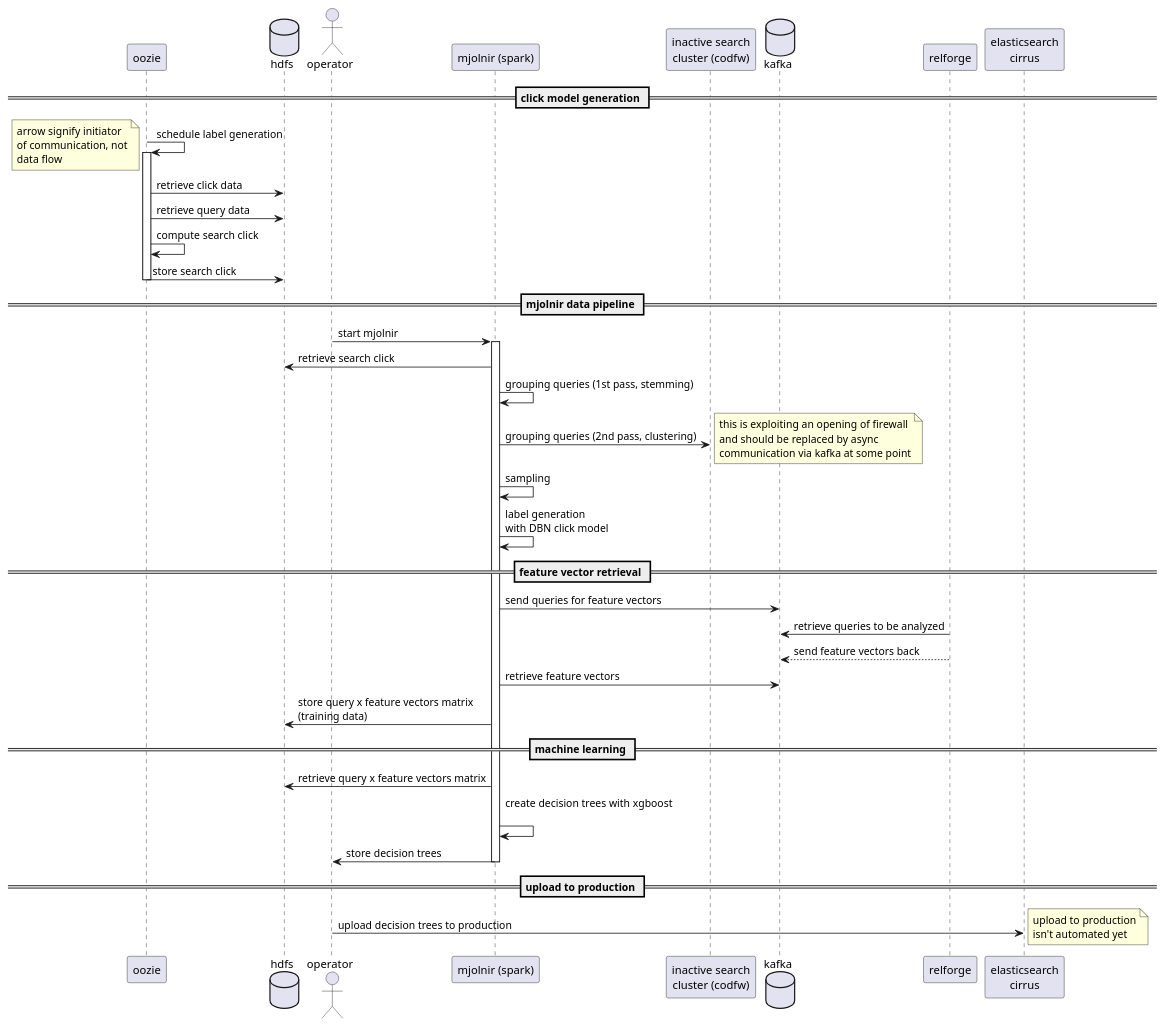
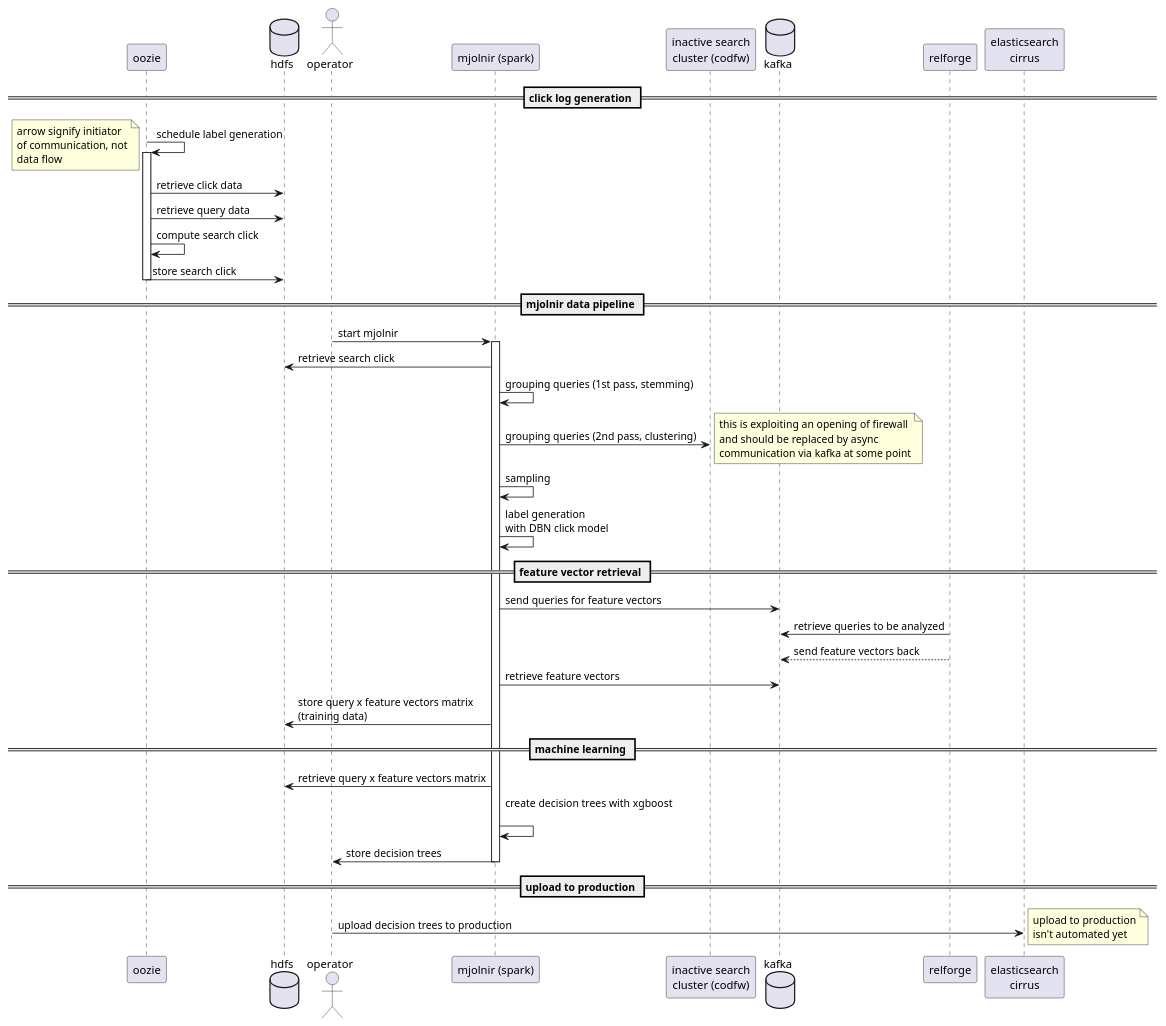
Before and after one commit to gehel/notes: the diagram in elasticsearch/mlr.puml, drawn with PlantUML.

Commit message:
corrections to seq diagram with ebernhardson

```diff
--- a/elasticsearch/mlr.puml
+++ b/elasticsearch/mlr.puml
@@ -1,63 +1,63 @@
 @startuml
 
-== click model generation ==
+== click log generation ==
 oozie -> oozie: schedule label generation
 
 note left
   arrow signify initiator
   of communication, not
   data flow
 end note
 
 activate oozie
 
 database hdfs
 oozie -> hdfs: retrieve click data
 oozie -> hdfs: retrieve query data
 oozie -> oozie: compute search click
 oozie -> hdfs: store search click
 
 deactivate oozie
 
 == mjolnir data pipeline ==
 actor operator
 
 operator -> "mjolnir (spark)": start mjolnir
 
 activate "mjolnir (spark)"
 "mjolnir (spark)" -> hdfs: retrieve search click
 "mjolnir (spark)" -> "mjolnir (spark)": grouping queries (1st pass, stemming)
 "mjolnir (spark)" -> "inactive search\ncluster (codfw)": grouping queries (2nd pass, clustering)
 note right
   this is exploiting an opening of firewall
   and should be replaced by async
   communication via kafka at some point
 end note
 "mjolnir (spark)" -> "mjolnir (spark)": sampling
 "mjolnir (spark)" -> "mjolnir (spark)": label generation\nwith DBN click model
 
 == feature vector retrieval ==
 database kafka
 "mjolnir (spark)" -> kafka: send queries for feature vectors
 
 relforge -> kafka: retrieve queries to be analyzed
 relforge --> kafka: send feature vectors back
 
 "mjolnir (spark)" -> kafka: retrieve feature vectors
 "mjolnir (spark)" -> hdfs: store query x feature vectors matrix\n(training data)
 
 == machine learning ==
 "mjolnir (spark)" -> hdfs: retrieve query x feature vectors matrix
 "mjolnir (spark)" -> "mjolnir (spark)": create decision trees with xgboost\n
 "mjolnir (spark)" -> operator: store decision trees
 deactivate "mjolnir (spark)"
 
 == upload to production ==
 
 operator -> "elasticsearch\ncirrus": upload decision trees to production
 note right
  upload to production
  isn't automated yet
 end note
 
 @enduml
```
